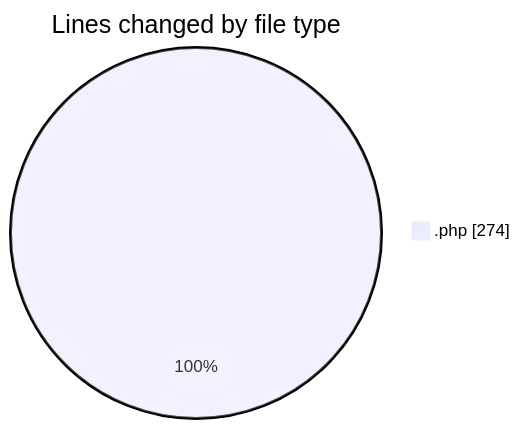
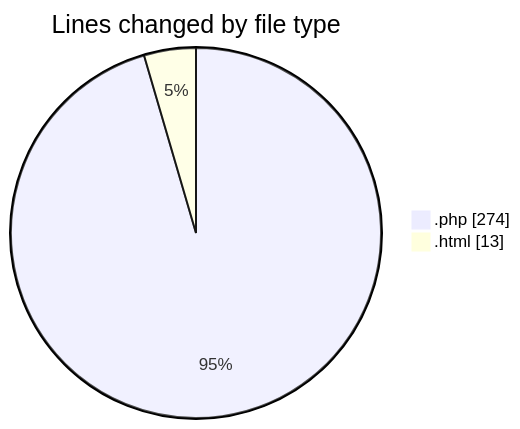
Before and after one commit to LanceThiago/code-tracking: the first of 2 diagrams in 2025-03-20/energis/README.md, drawn with Mermaid. The commit also changed other lines of this file and 1 other file, not shown here.

````diff
--- a/2025-03-20/energis/README.md
+++ b/2025-03-20/energis/README.md
@@ -20,5 +21,6 @@
 ```mermaid
 pie showData
 title Lines changed by file type
 ".php" : 274
+".html" : 13
 ```
````
